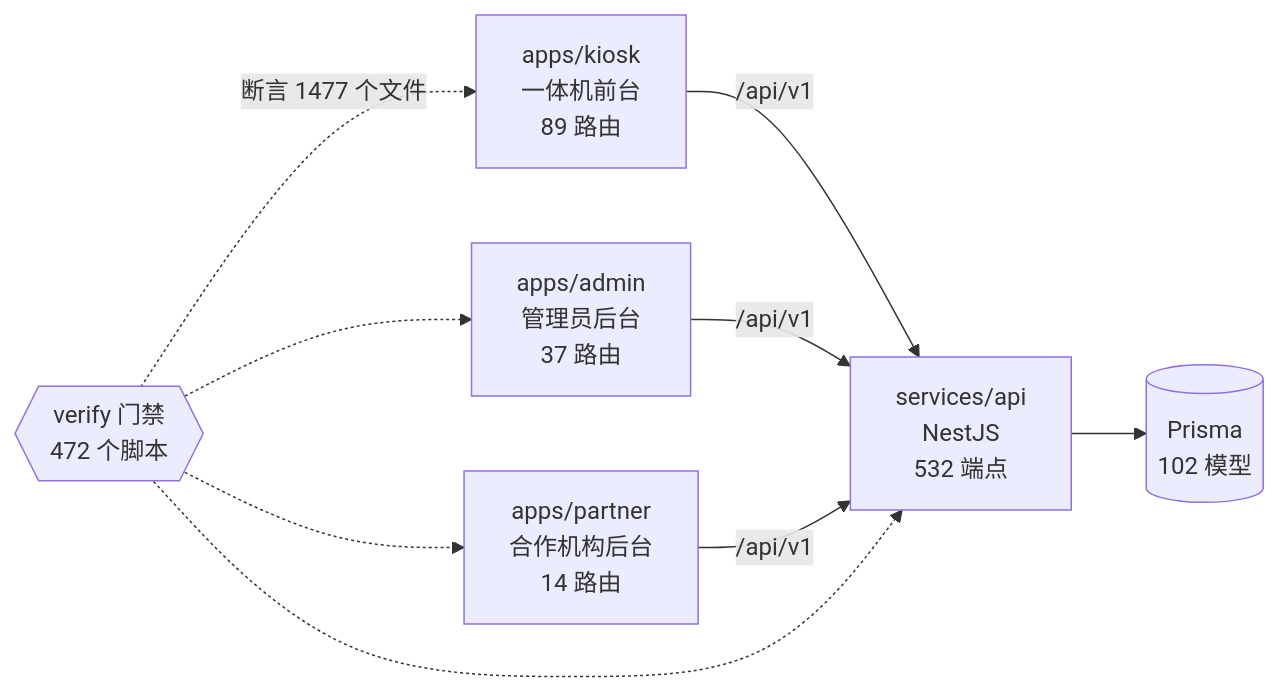
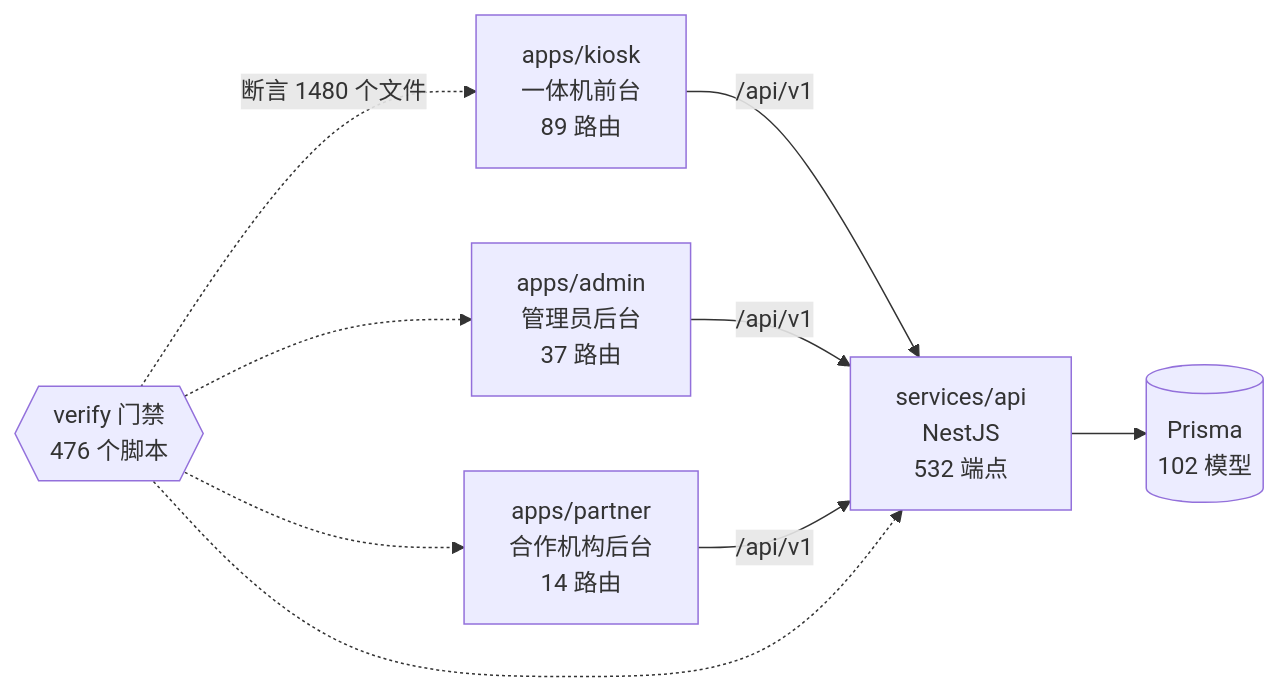
The diagram in docs/graph/README.md (wanglei581/YITIJI), drawn with Mermaid before and after one commit. The commit also changed other lines of this file and 21 other files, not shown here.

````diff
--- a/docs/graph/README.md
+++ b/docs/graph/README.md
@@ -68,18 +68,18 @@
 ```mermaid
 flowchart LR
   kiosk["apps/kiosk<br/>一体机前台<br/>89 路由"]
   admin["apps/admin<br/>管理员后台<br/>37 路由"]
   partner["apps/partner<br/>合作机构后台<br/>14 路由"]
   api["services/api<br/>NestJS<br/>532 端点"]
   db[("Prisma<br/>102 模型")]
-  gates{{"verify 门禁<br/>472 个脚本"}}
+  gates{{"verify 门禁<br/>476 个脚本"}}
 
   kiosk -->|"/api/v1"| api
   admin -->|"/api/v1"| api
   partner -->|"/api/v1"| api
   api --> db
-  gates -.->|"断言 1477 个文件"| kiosk
+  gates -.->|"断言 1480 个文件"| kiosk
   gates -.-> admin
   gates -.-> partner
   gates -.-> api
 ```
````
